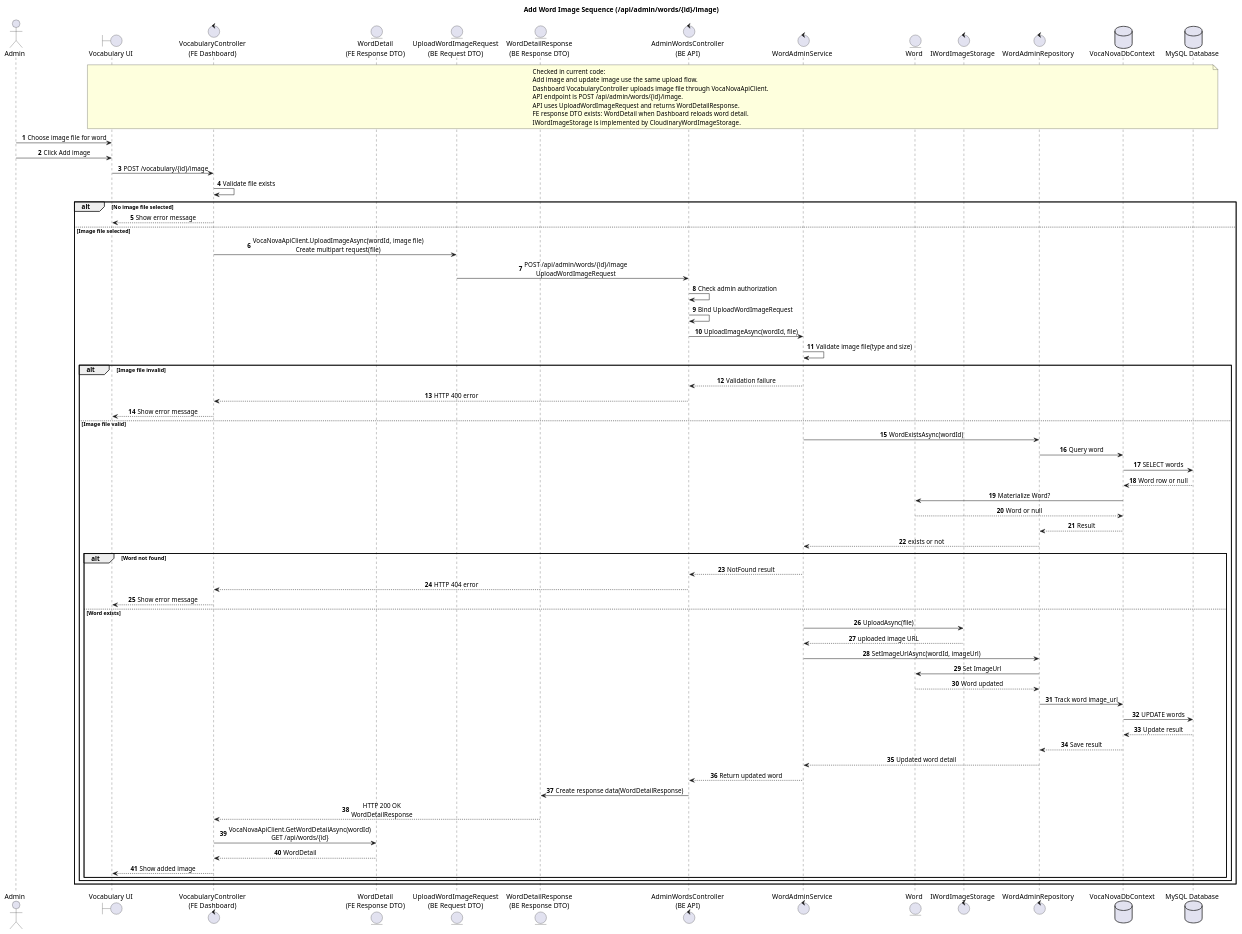
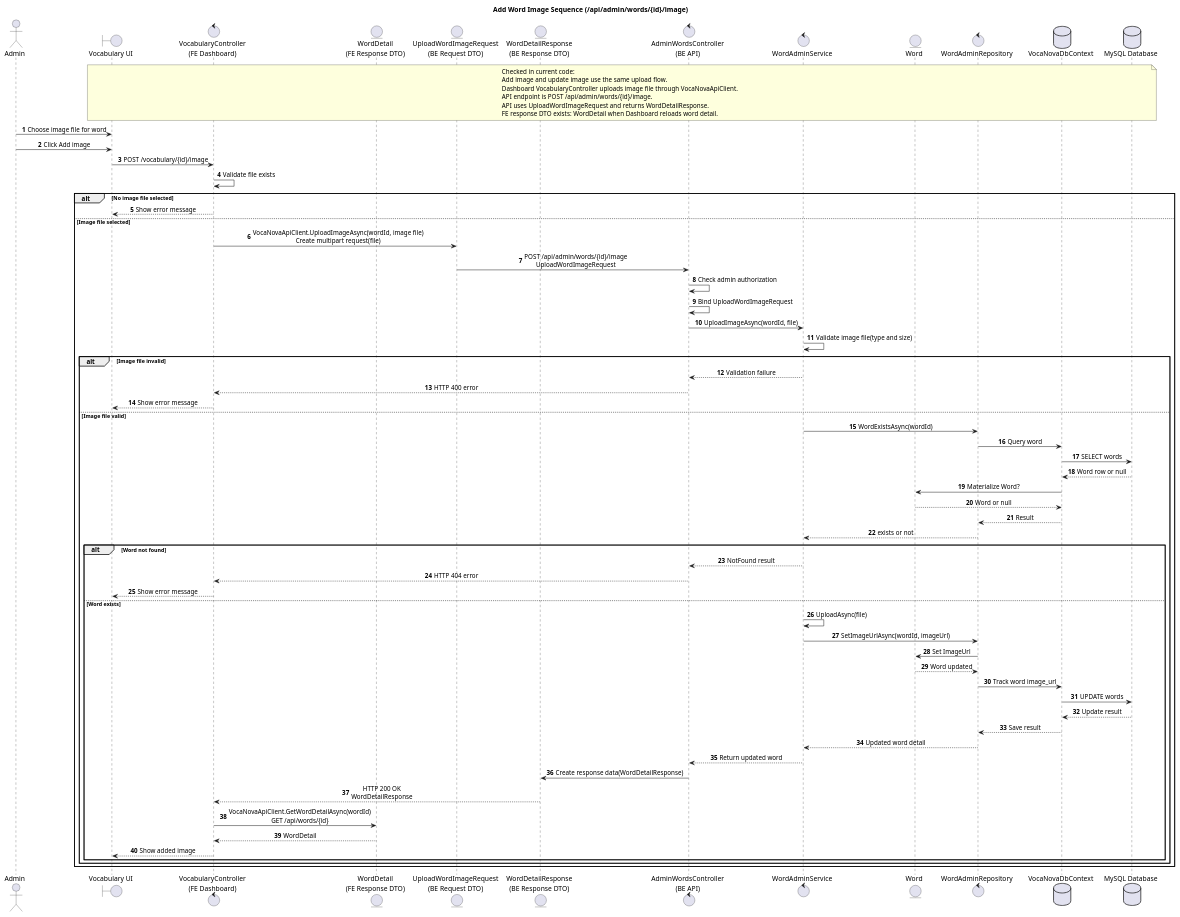
Before and after one commit to thisIsCenx04/VocaNova: the diagram in docs/diagrams/admin-add-word-image-sequence.puml, drawn with PlantUML. The commit also changed 69 other files, not shown here.

Commit message:
fix/sequences and class

```diff
--- a/docs/diagrams/admin-add-word-image-sequence.puml
+++ b/docs/diagrams/admin-add-word-image-sequence.puml
@@ -1,78 +1,75 @@
 @startuml
 title Add Word Image Sequence (/api/admin/words/{id}/image)
 autonumber
 skinparam responseMessageBelowArrow true
 skinparam sequenceMessageAlign center
 actor Admin
 boundary "Vocabulary UI" as VocabularyPage
 control "VocabularyController\n(FE Dashboard)" as DashboardController
 entity "WordDetail\n(FE Response DTO)" as FeWordDetailDto
 entity "UploadWordImageRequest\n(BE Request DTO)" as ImageRequestDto
 entity "WordDetailResponse\n(BE Response DTO)" as ImageResponseDto
 control "AdminWordsController\n(BE API)" as ApiController
 control "WordAdminService" as WordService
 entity "Word" as WordEntity
-control "IWordImageStorage" as ImageStorage
 control "WordAdminRepository" as WordRepository
 database "VocaNovaDbContext" as DbContext
 database "MySQL Database" as MySQL
 note over VocabularyPage, MySQL
 Checked in current code:
 Add image and update image use the same upload flow.
 Dashboard VocabularyController uploads image file through VocaNovaApiClient.
 API endpoint is POST /api/admin/words/{id}/image.
 API uses UploadWordImageRequest and returns WordDetailResponse.
 FE response DTO exists: WordDetail when Dashboard reloads word detail.
-IWordImageStorage is implemented by CloudinaryWordImageStorage.
 end note
 Admin -> VocabularyPage: Choose image file for word
 Admin -> VocabularyPage: Click Add image
 VocabularyPage -> DashboardController: POST /vocabulary/{id}/image
 DashboardController -> DashboardController: Validate file exists
 alt No image file selected
 DashboardController --> VocabularyPage: Show error message
 else Image file selected
 DashboardController -> ImageRequestDto: VocaNovaApiClient.UploadImageAsync(wordId, image file)\nCreate multipart request(file)
 ImageRequestDto -> ApiController: POST /api/admin/words/{id}/image\nUploadWordImageRequest
 ApiController -> ApiController: Check admin authorization
 ApiController -> ApiController: Bind UploadWordImageRequest
 ApiController -> WordService: UploadImageAsync(wordId, file)
 WordService -> WordService: Validate image file(type and size)
 alt Image file invalid
 WordService --> ApiController: Validation failure
 ApiController --> DashboardController: HTTP 400 error
 DashboardController --> VocabularyPage: Show error message
 else Image file valid
 WordService -> WordRepository: WordExistsAsync(wordId)
 WordRepository -> DbContext: Query word
 DbContext -> MySQL: SELECT words
 MySQL --> DbContext: Word row or null
 DbContext -> WordEntity: Materialize Word?
 WordEntity --> DbContext: Word or null
 DbContext --> WordRepository: Result
 WordRepository --> WordService: exists or not
 alt Word not found
 WordService --> ApiController: NotFound result
 ApiController --> DashboardController: HTTP 404 error
 DashboardController --> VocabularyPage: Show error message
 else Word exists
-WordService -> ImageStorage: UploadAsync(file)
-ImageStorage --> WordService: uploaded image URL
+WordService -> WordService: UploadAsync(file)
 WordService -> WordRepository: SetImageUrlAsync(wordId, imageUrl)
 WordRepository -> WordEntity: Set ImageUrl
 WordEntity --> WordRepository: Word updated
 WordRepository -> DbContext: Track word image_url
 DbContext -> MySQL: UPDATE words
 MySQL --> DbContext: Update result
 DbContext --> WordRepository: Save result
 WordRepository --> WordService: Updated word detail
 WordService --> ApiController: Return updated word
 ApiController -> ImageResponseDto: Create response data(WordDetailResponse)
 ImageResponseDto --> DashboardController: HTTP 200 OK\nWordDetailResponse
 DashboardController -> FeWordDetailDto: VocaNovaApiClient.GetWordDetailAsync(wordId)\nGET /api/words/{id}
 FeWordDetailDto --> DashboardController: WordDetail
 DashboardController --> VocabularyPage: Show added image
 end
 end
 end
 @enduml
```
